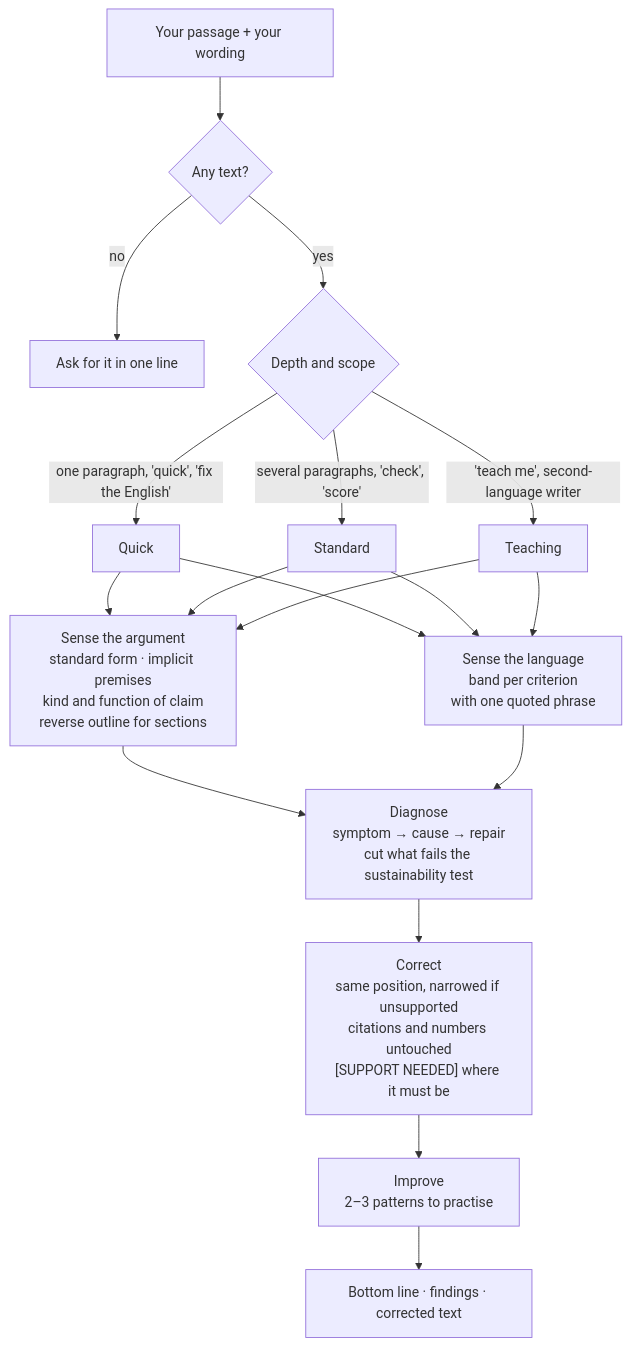
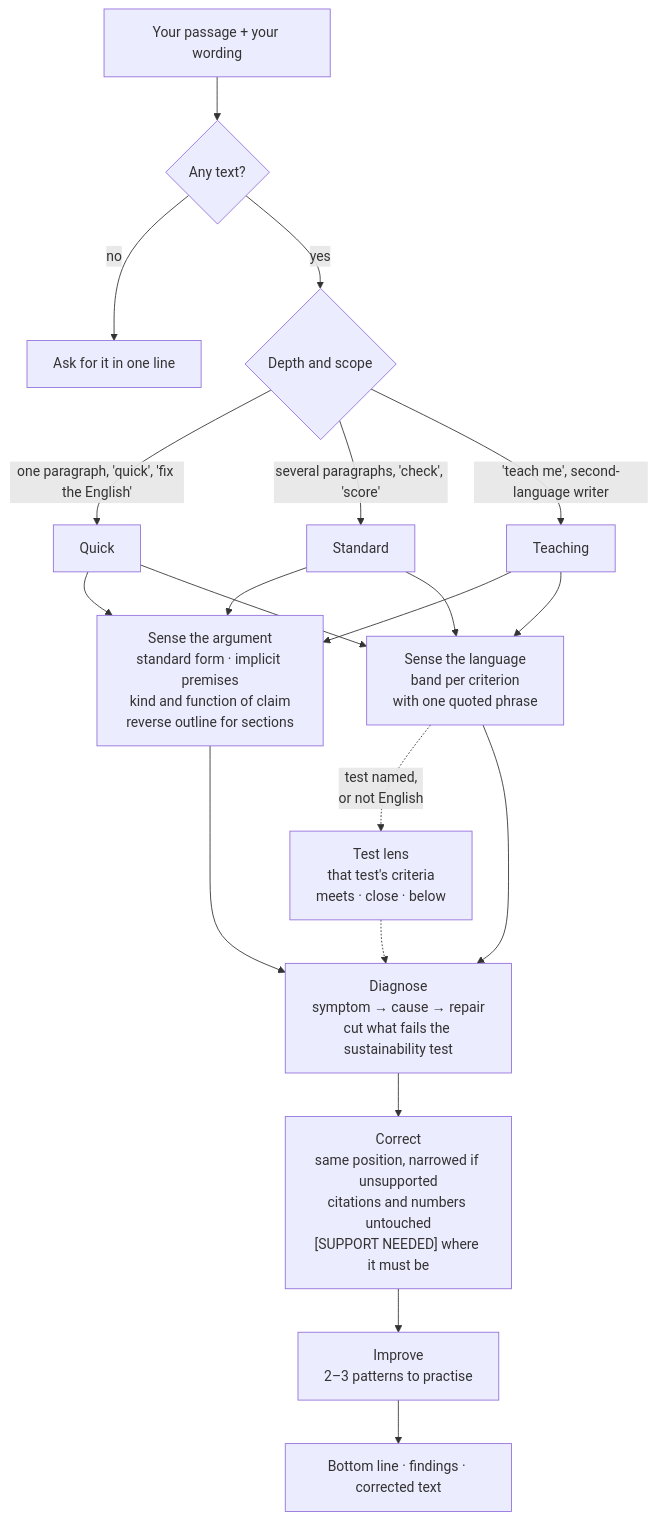
One commit to Artorivs/legal-academic-skills changed the fifth of 7 diagrams in docs/how-it-works.md. Above: the diagram before and after it, drawn with Mermaid. The commit also changed other lines of this file and 22 other files, not shown here.

````diff
--- a/docs/how-it-works.md
+++ b/docs/how-it-works.md
@@ -102,15 +102,17 @@
 ```mermaid
 flowchart TD
     IN["Your passage + your wording"] --> T{"Any text?"}
     T -- no --> ASK["Ask for it in one line"]
     T -- yes --> DEP{"Depth and scope"}
     DEP -->|"one paragraph, 'quick', 'fix the English'"| QK["Quick"]
     DEP -->|"several paragraphs, 'check', 'score'"| ST["Standard"]
     DEP -->|"'teach me', second-language writer"| TE["Teaching"]
     QK & ST & TE --> S1["Sense the argument<br/>standard form · implicit premises<br/>kind and function of claim<br/>reverse outline for sections"]
     QK & ST & TE --> S2["Sense the language<br/>band per criterion<br/>with one quoted phrase"]
+    S2 -.->|"test named,<br/>or not English"| LENS["Test lens<br/>that test's criteria<br/>meets · close · below"]
+    LENS -.-> DG
     S1 & S2 --> DG["Diagnose<br/>symptom → cause → repair<br/>cut what fails the sustainability test"]
     DG --> CO["Correct<br/>same position, narrowed if unsupported<br/>citations and numbers untouched<br/>[SUPPORT NEEDED] where it must be"]
     CO --> IM["Improve<br/>2–3 patterns to practise"]
     IM --> OUT["Bottom line · findings · corrected text"]
 ```
````
